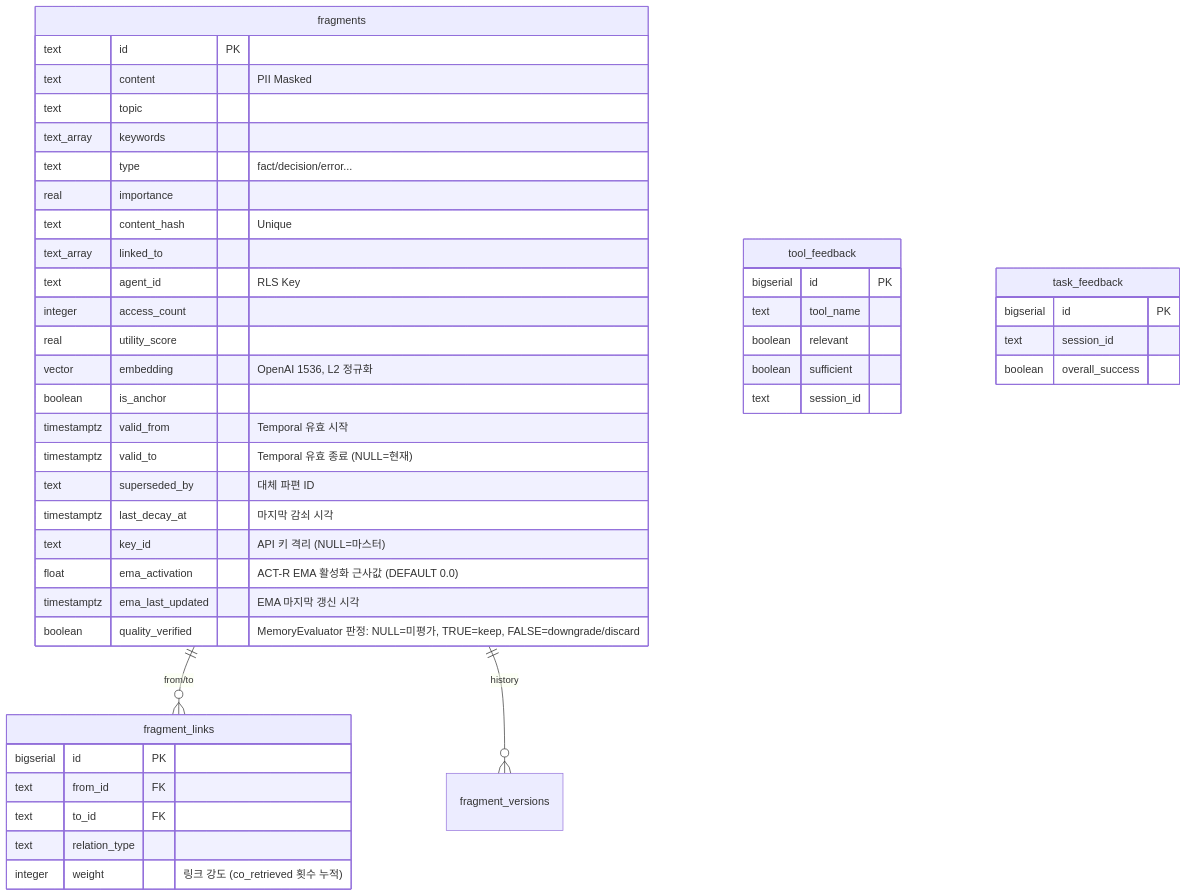
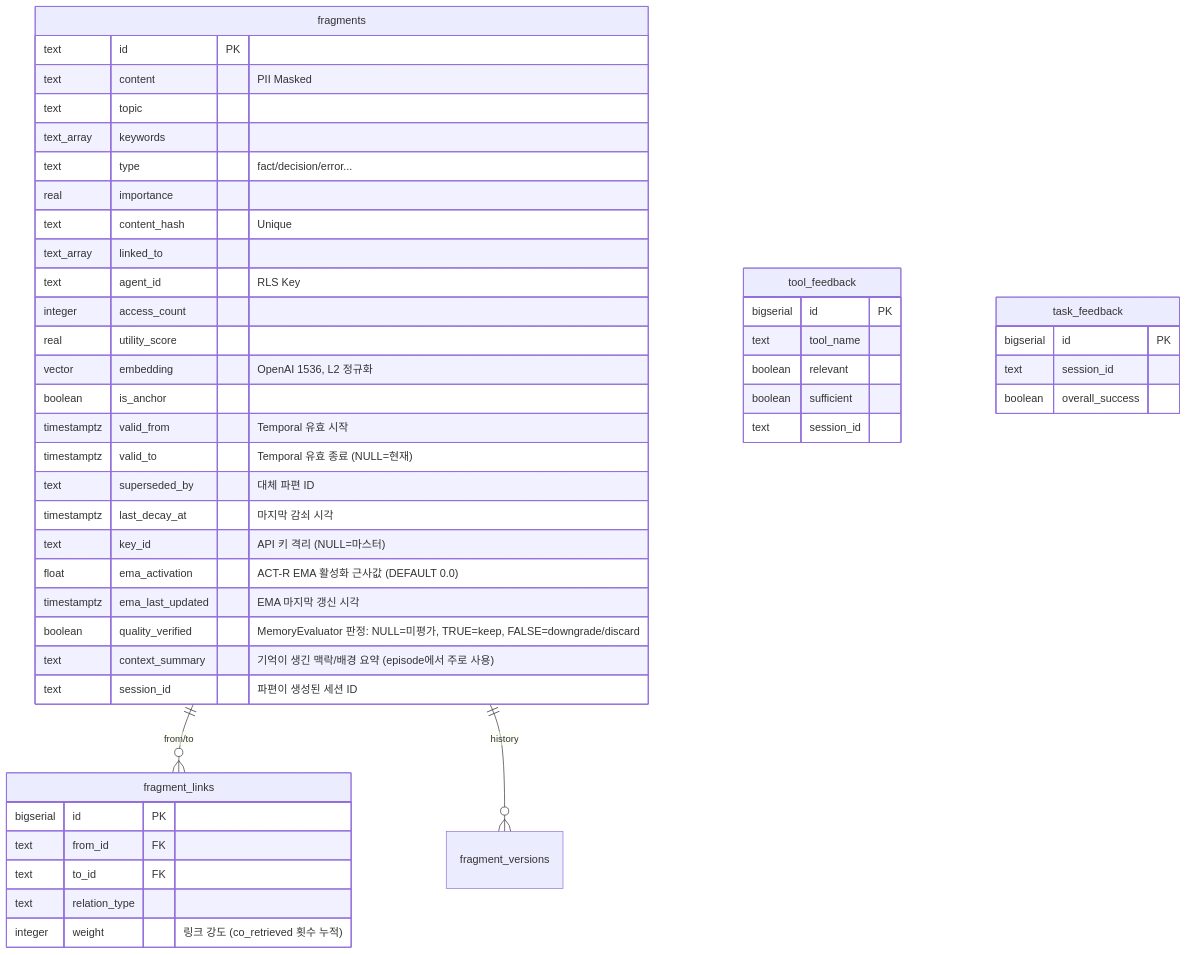
The diagram in docs/architecture.md (pkkgh1519/memento-mcp), drawn with Mermaid before and after one commit. The commit also changed other lines of this file and 1 other file, not shown here.

First line of the commit message:
docs: modernize architecture docs — migrations 014-020, HNSW 128, schema columns

````diff
--- a/docs/architecture.md
+++ b/docs/architecture.md
@@ -165,47 +172,49 @@
 ```mermaid
 erDiagram
     fragments ||--o{ fragment_links : "from/to"
     fragments ||--o{ fragment_versions : "history"
     fragments {
         text id PK
         text content "PII Masked"
         text topic
         text_array keywords
         text type "fact/decision/error..."
         real importance
         text content_hash "Unique"
         text_array linked_to
         text agent_id "RLS Key"
         integer access_count
         real utility_score
         vector embedding "OpenAI 1536, L2 정규화"
         boolean is_anchor
         timestamptz valid_from "Temporal 유효 시작"
         timestamptz valid_to "Temporal 유효 종료 (NULL=현재)"
         text superseded_by "대체 파편 ID"
         timestamptz last_decay_at "마지막 감쇠 시각"
         text key_id "API 키 격리 (NULL=마스터)"
         float ema_activation "ACT-R EMA 활성화 근사값 (DEFAULT 0.0)"
         timestamptz ema_last_updated "EMA 마지막 갱신 시각"
         boolean quality_verified "MemoryEvaluator 판정: NULL=미평가, TRUE=keep, FALSE=downgrade/discard"
+        text context_summary "기억이 생긴 맥락/배경 요약 (episode에서 주로 사용)"
+        text session_id "파편이 생성된 세션 ID"
     }
     fragment_links {
         bigserial id PK
         text from_id FK
         text to_id FK
         text relation_type
         integer weight "링크 강도 (co_retrieved 횟수 누적)"
     }
     tool_feedback {
         bigserial id PK
         text tool_name
         boolean relevant
         boolean sufficient
         text session_id
     }
     task_feedback {
         bigserial id PK
         text session_id
         boolean overall_success
     }
 ```
````
